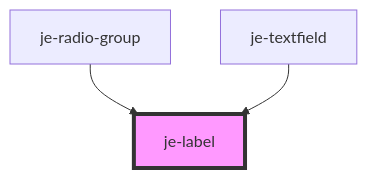
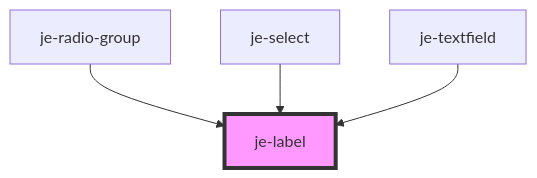
The diagram in packages/docs/docs/components/je-label/readme.md (pgreen00/jebamo), drawn with Mermaid before and after one commit. The commit also changed other lines of this file and 16 other files, not shown here.

````diff
--- a/packages/docs/docs/components/je-label/readme.md
+++ b/packages/docs/docs/components/je-label/readme.md
@@ -23,6 +24,7 @@
 ```mermaid
 graph TD;
   je-radio-group --> je-label
+  je-select --> je-label
   je-textfield --> je-label
   style je-label fill:#f9f,stroke:#333,stroke-width:4px
 ```
````
